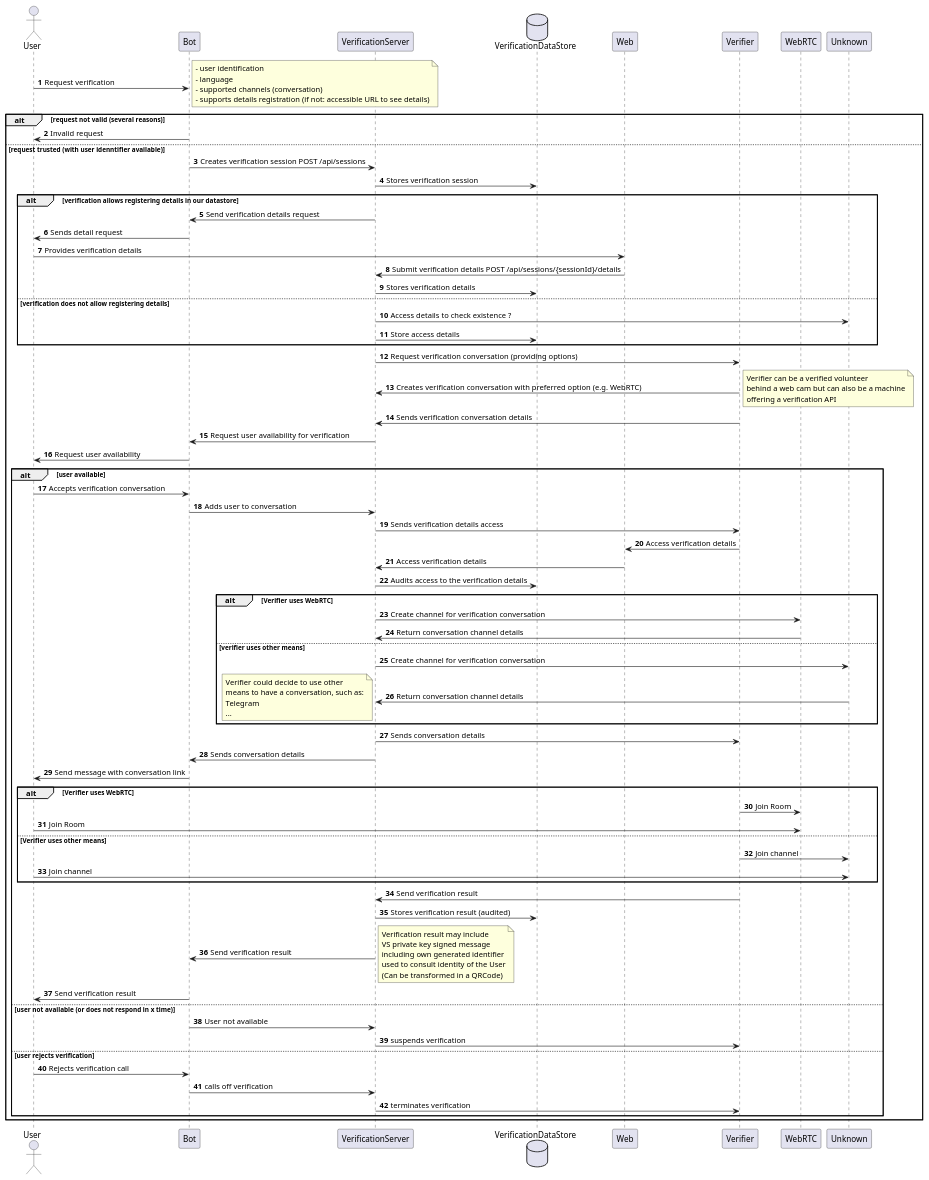
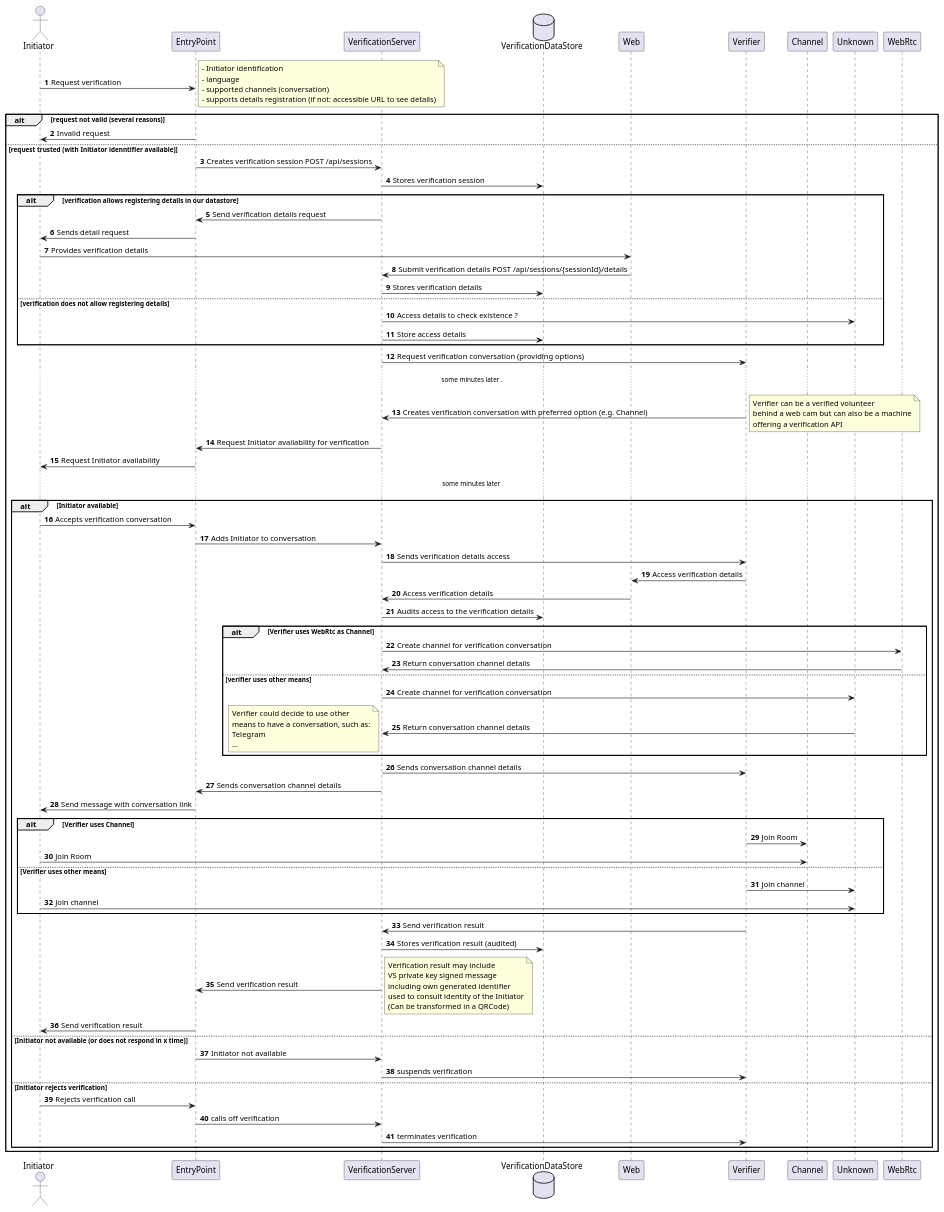
Before and after one commit to etux/verification-server: the diagram in docs/diagrams/sequence_diagram_verificatoin.puml, drawn with PlantUML. The commit also changed 8 other files, not shown here.

```diff
--- a/docs/diagrams/sequence_diagram_verificatoin.puml
+++ b/docs/diagrams/sequence_diagram_verificatoin.puml
@@ -1,98 +1,96 @@
 @startuml
 autonumber
 
-actor User
-
-participant Bot
-
+actor Initiator
+participant EntryPoint as EP
 participant VerificationServer as VS
 database VerificationDataStore as VSDS
-
 participant Web
 participant Verifier
-participant WebRTC
+participant Channel
 
-User -> Bot: Request verification
+Initiator -> EP: Request verification
 note right
-- user identification
+- Initiator identification
 - language
 - supported channels (conversation)
 - supports details registration (if not: accessible URL to see details)
 endnote
 alt request not valid (several reasons)
-    Bot -> User: Invalid request
-else request trusted (with user idenntifier available)
-    Bot -> VS: Creates verification session POST /api/sessions
+    EP -> Initiator: Invalid request
+else request trusted (with Initiator idenntifier available)
+    EP -> VS: Creates verification session POST /api/sessions
     VS -> VSDS: Stores verification session
     alt verification allows registering details in our datastore
-        VS -> Bot: Send verification details request
-        Bot -> User: Sends detail request
-        User -> Web: Provides verification details
+        VS -> EP: Send verification details request
+        EP -> Initiator: Sends detail request
+        Initiator -> Web: Provides verification details
         Web -> VS: Submit verification details POST /api/sessions/{sessionId}/details
         VS -> VSDS: Stores verification details
     else verification does not allow registering details
         VS -> Unknown: Access details to check existence ?
         VS -> VSDS: Store access details
     end
     VS -> Verifier: Request verification conversation (providing options)
-    Verifier -> VS: Creates verification conversation with preferred option (e.g. WebRTC)
+    ... some minutes later ....
+    Verifier -> VS: Creates verification conversation with preferred option (e.g. Channel)
     note right
     Verifier can be a verified volunteer
     behind a web cam but can also be a machine
     offering a verification API
     endnote
-    Verifier -> VS: Sends verification conversation details
-    VS -> Bot: Request user availability for verification
-    Bot -> User: Request user availability
-    alt user available
-        User -> Bot: Accepts verification conversation
-        Bot -> VS: Adds user to conversation
+    VS -> EP: Request Initiator availability for verification
+    EP -> Initiator: Request Initiator availability
+    ... some minutes later ...
+    alt Initiator available
+        Initiator -> EP: Accepts verification conversation
+        EP -> VS: Adds Initiator to conversation
         VS -> Verifier: Sends verification details access
         Verifier -> Web: Access verification details
         Web -> VS: Access verification details
         VS -> VSDS: Audits access to the verification details
-        alt Verifier uses WebRTC
-            VS -> WebRTC: Create channel for verification conversation
-            WebRTC -> VS: Return conversation channel details
+        alt Verifier uses WebRtc as Channel
+            VS -> WebRtc: Create channel for verification conversation
+            WebRtc -> VS: Return conversation channel details
         else verifier uses other means
             VS -> Unknown: Create channel for verification conversation
             Unknown -> VS: Return conversation channel details
             note left
             Verifier could decide to use other
             means to have a conversation, such as:
             Telegram
             ...
             endnote
         end
-        VS -> Verifier: Sends conversation details
-        VS -> Bot: Sends conversation details
-        Bot -> User: Send message with conversation link
-        alt Verifier uses WebRTC
-            Verifier -> WebRTC: Join Room
-            User -> WebRTC: Join Room
+        VS -> Verifier: Sends conversation channel details
+        VS -> EP: Sends conversation channel details
+        EP -> Initiator: Send message with conversation link
+        alt Verifier uses Channel
+            Verifier -> Channel: Join Room
+            Initiator -> Channel: Join Room
         else Verifier uses other means
             Verifier -> Unknown: Join channel
-            User -> Unknown: Join channel
+            Initiator -> Unknown: Join channel
         end
         Verifier -> VS: Send verification result
         VS -> VSDS: Stores verification result (audited)
-        VS -> Bot: Send verification result
+        VS -> EP: Send verification result
         note right
         Verification result may include
         VS private key signed message
         including own generated identifier
-        used to consult identity of the User
+        used to consult identity of the Initiator
         (Can be transformed in a QRCode)
         endnote
-        Bot -> User: Send verification result
-    else user not available (or does not respond in x time)
-        Bot -> VS: User not available
+        EP -> Initiator: Send verification result
+    else Initiator not available (or does not respond in x time)
+        EP -> VS: Initiator not available
         VS -> Verifier: suspends verification
-    else user rejects verification
-        User -> Bot: Rejects verification call
-        Bot -> VS: calls off verification
+    else Initiator rejects verification
+        Initiator -> EP: Rejects verification call
+        EP -> VS: calls off verification
         VS -> Verifier: terminates verification
     end
 end
 
 @enduml
```
